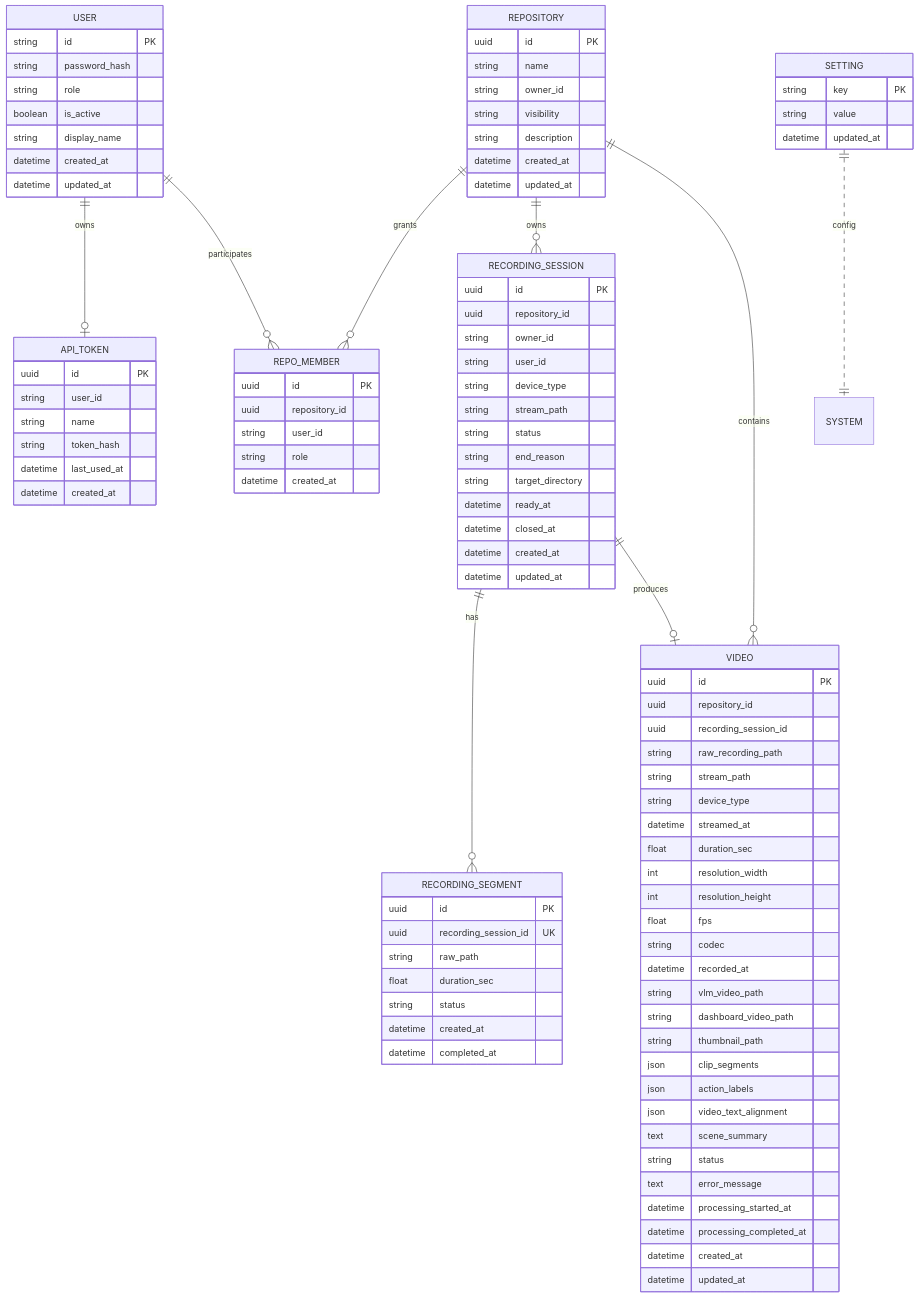
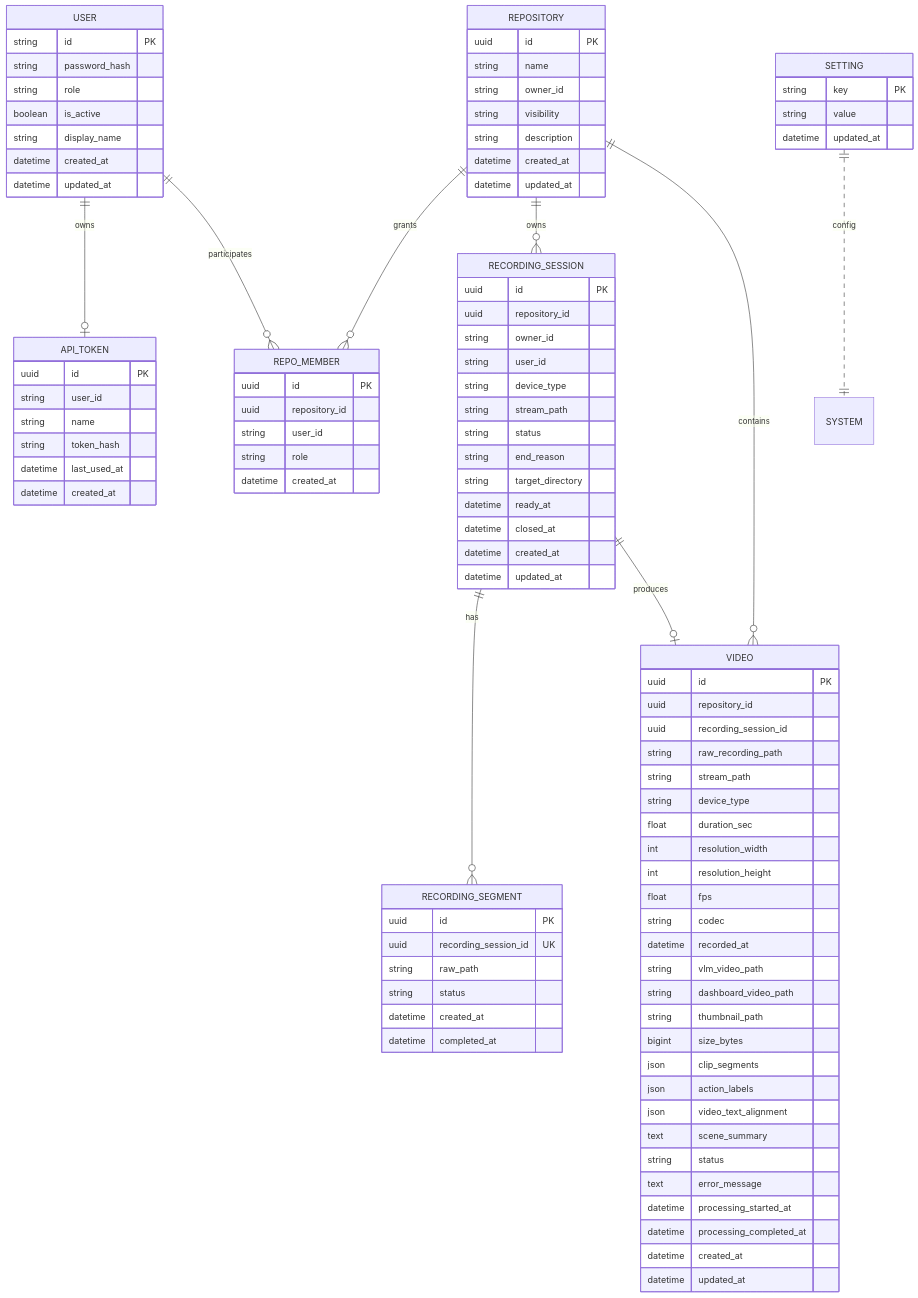
One commit to ego-flow/ego-flow-server changed the diagram in docs/07. project_database.md. Above: the diagram before and after it, drawn with Mermaid. The commit also changed other lines of this file and 35 other files, not shown here.

```diff
--- a/docs/07. project_database.md
+++ b/docs/07. project_database.md
@@ -143,7 +143,6 @@
         uuid id PK
         uuid recording_session_id UK
         string raw_path
-        float duration_sec
         string status
         datetime created_at
         datetime completed_at
@@ -156,7 +155,6 @@
         string raw_recording_path
         string stream_path
         string device_type
-        datetime streamed_at
         float duration_sec
         int resolution_width
         int resolution_height
@@ -166,6 +164,7 @@
         string vlm_video_path
         string dashboard_video_path
         string thumbnail_path
+        bigint size_bytes
         json clip_segments
         json action_labels
         json video_text_alignment
```
